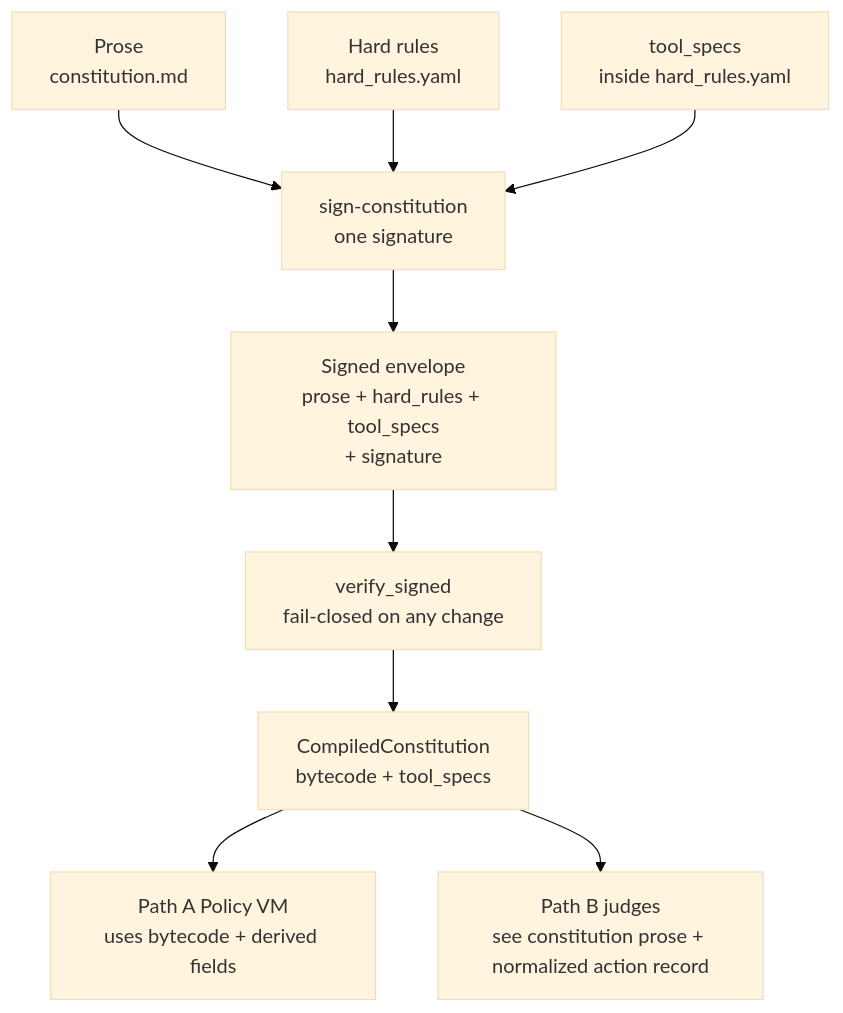
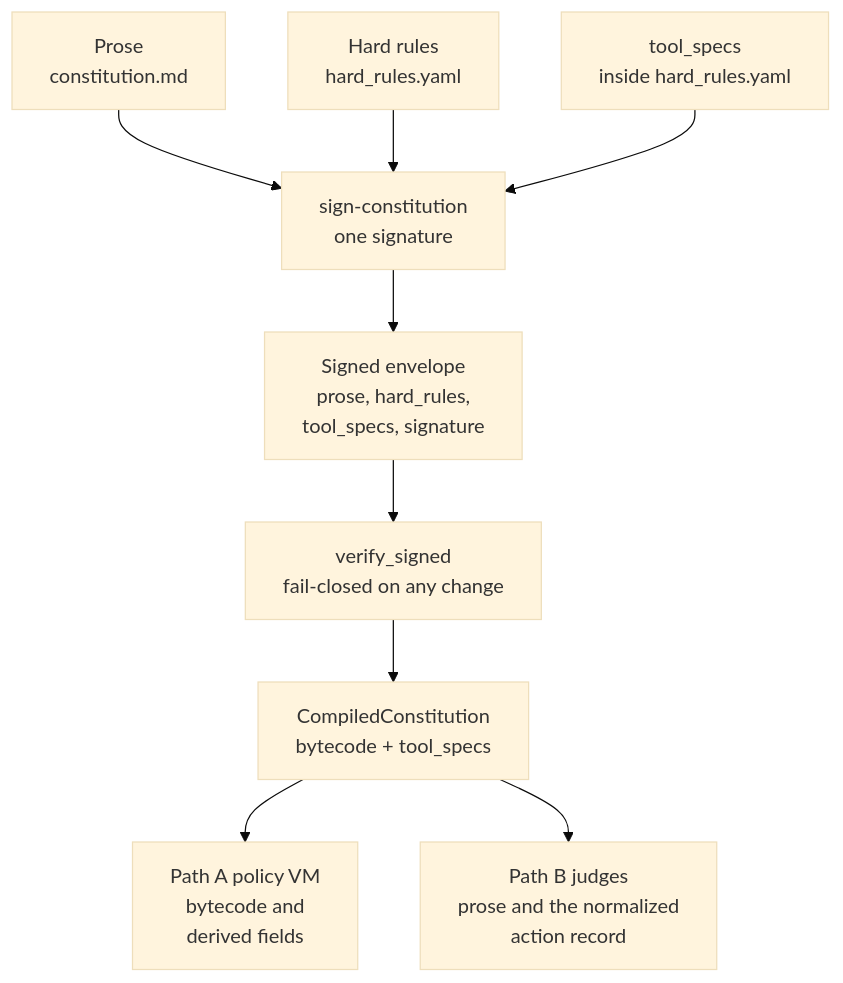
Before and after one commit to Insomniac-VibeLabs/two-key: the first of 5 diagrams in docs/HOWTO.md, drawn with Mermaid (base theme). The commit also changed other lines of this file and 12 other files, not shown here.

First line of the commit message:
Redraw every diagram to one house style, checked by a test (#29)

````diff
--- a/docs/HOWTO.md
+++ b/docs/HOWTO.md
@@ -132,11 +132,11 @@
 ```mermaid
 flowchart TD
   prose["Prose<br/>constitution.md"] --> sign["sign-constitution<br/>one signature"]
   rules["Hard rules<br/>hard_rules.yaml"] --> sign
   specs["tool_specs<br/>inside hard_rules.yaml"] --> sign
-  sign --> envelope["Signed envelope<br/>prose + hard_rules + tool_specs<br/>+ signature"]
+  sign --> envelope["Signed envelope<br/>prose, hard_rules,<br/>tool_specs, signature"]
   envelope --> load["verify_signed<br/>fail-closed on any change"]
   load --> compiled["CompiledConstitution<br/>bytecode + tool_specs"]
-  compiled --> pathA["Path A Policy VM<br/>uses bytecode + derived fields"]
-  compiled --> pathB["Path B judges<br/>see constitution prose + normalized action record"]
+  compiled --> pathA["Path A policy VM<br/>bytecode and<br/>derived fields"]
+  compiled --> pathB["Path B judges<br/>prose and the normalized<br/>action record"]
 ```
````
